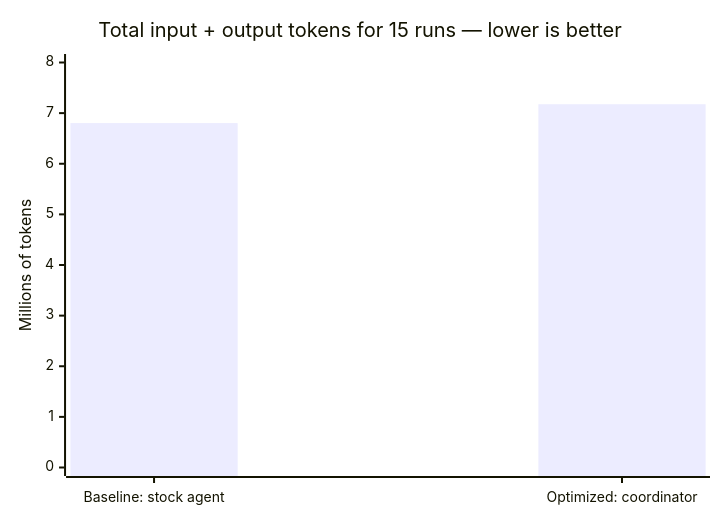
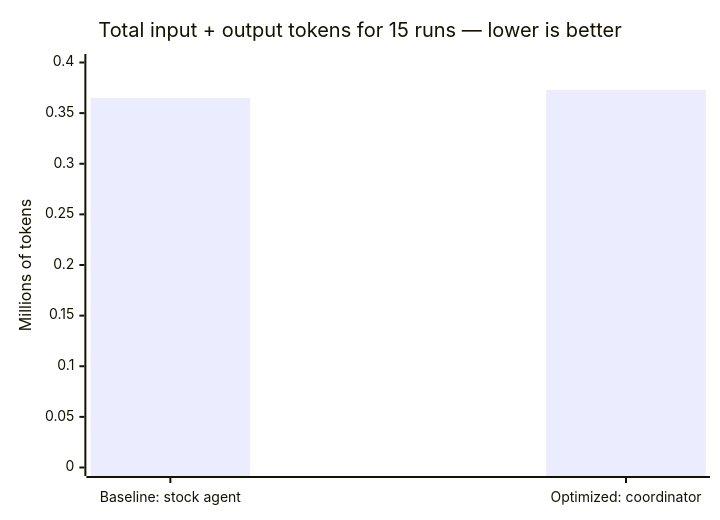
One commit to GabrielAlmeidaFlores/OPENCODE-TOOL-ENHANCER changed the second of 4 diagrams in docs/benchmarks/results-deepseek-flash.md. Above: the diagram before and after it, drawn with Mermaid. The commit also changed other lines of this file and 72 other files, not shown here.

````diff
--- a/docs/benchmarks/results-deepseek-flash.md
+++ b/docs/benchmarks/results-deepseek-flash.md
@@ -69,7 +81,7 @@
 ```mermaid
 xychart-beta
     title "Total input + output tokens for 15 runs — lower is better"
     x-axis ["Baseline: stock agent", "Optimized: coordinator"]
-    y-axis "Millions of tokens" 0 --> 8.0
-    bar [6.803, 7.176]
+    y-axis "Millions of tokens" 0 --> 0.40
+    bar [0.365, 0.373]
 ```
````
